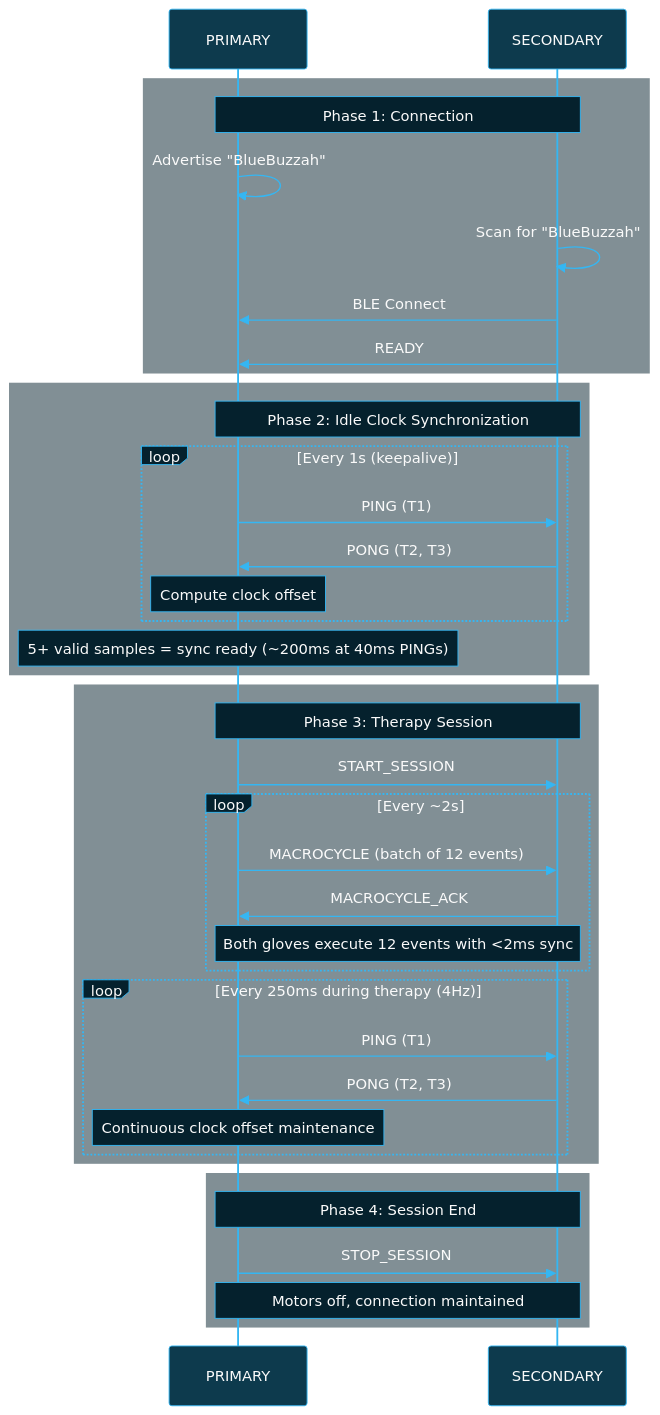
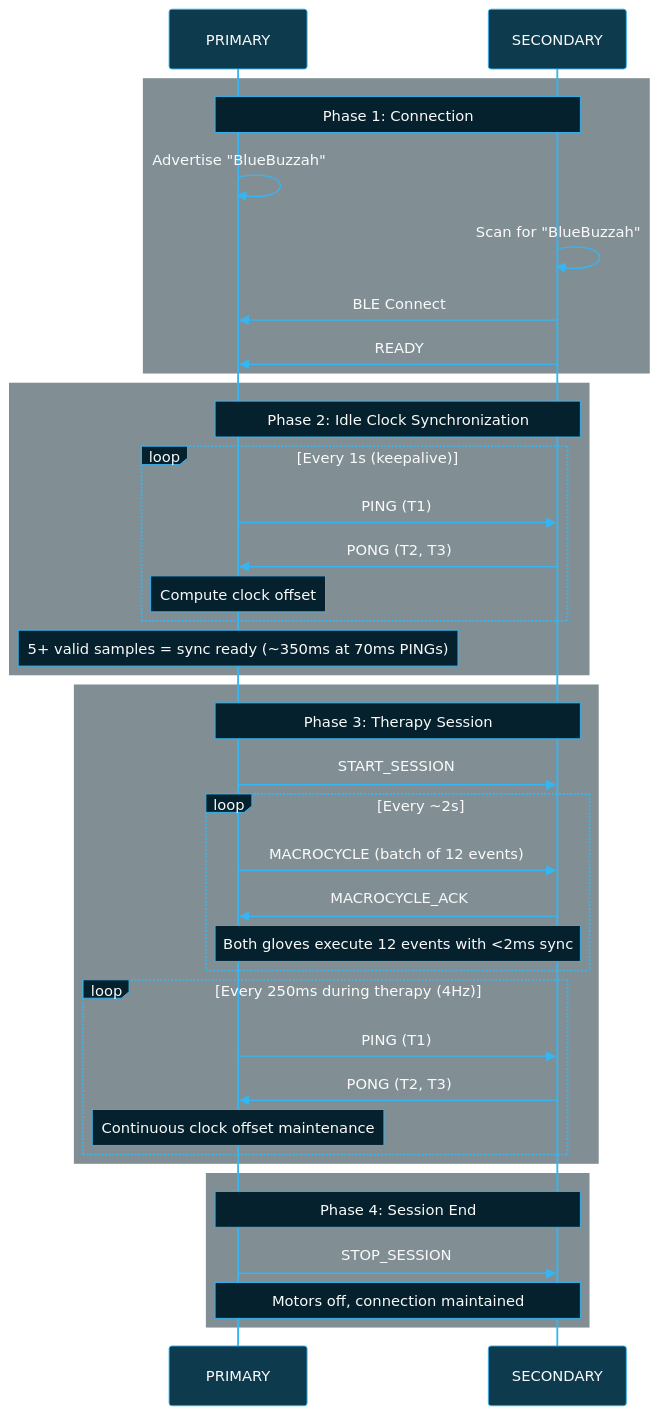
Before and after one commit to BlueBuzzah/BlueBuzzah-Firmware: the first of 5 diagrams in docs/SYNCHRONIZATION_PROTOCOL.md, drawn with Mermaid. The commit also changed other lines of this file and 2 other files, not shown here.

First line of the commit message:
fix(sync): acquire at 70ms so a PONG lands before the next PING

````diff
--- a/docs/SYNCHRONIZATION_PROTOCOL.md
+++ b/docs/SYNCHRONIZATION_PROTOCOL.md
@@ -31,69 +31,69 @@
 ```mermaid
 %%{init: {'theme': 'base', 'themeVariables': {
   'primaryColor': '#0d3a4d',
   'primaryTextColor': '#fafafa',
   'primaryBorderColor': '#35B6F2',
   'lineColor': '#35B6F2',
   'secondaryColor': '#05212D',
   'tertiaryColor': '#0a0a0a',
   'background': '#0a0a0a',
   'actorBkg': '#0d3a4d',
   'actorBorder': '#35B6F2',
   'actorTextColor': '#fafafa',
   'actorLineColor': '#35B6F2',
   'signalColor': '#35B6F2',
   'signalTextColor': '#fafafa',
   'labelBoxBkgColor': '#05212D',
   'labelBoxBorderColor': '#35B6F2',
   'labelTextColor': '#fafafa',
   'loopTextColor': '#fafafa',
   'noteBkgColor': '#05212D',
   'noteBorderColor': '#35B6F2',
   'noteTextColor': '#fafafa',
   'activationBkgColor': '#0d3a4d',
   'activationBorderColor': '#35B6F2',
   'sequenceNumberColor': '#fafafa'
 }}}%%
 sequenceDiagram
     participant P as PRIMARY
     participant S as SECONDARY
 
     rect rgba(5, 33, 45, 0.5)
         Note over P,S: Phase 1: Connection
         P->>P: Advertise "BlueBuzzah"
         S->>S: Scan for "BlueBuzzah"
         S->>P: BLE Connect
         S->>P: READY
     end
 
     rect rgba(5, 33, 45, 0.5)
         Note over P,S: Phase 2: Idle Clock Synchronization
         loop Every 1s (keepalive)
             P->>S: PING (T1)
             S->>P: PONG (T2, T3)
             Note over P: Compute clock offset
         end
-        Note over P: 5+ valid samples = sync ready (~200ms at 40ms PINGs)
+        Note over P: 5+ valid samples = sync ready (~350ms at 70ms PINGs)
     end
 
     rect rgba(5, 33, 45, 0.5)
         Note over P,S: Phase 3: Therapy Session
         P->>S: START_SESSION
         loop Every ~2s
             P->>S: MACROCYCLE (batch of 12 events)
             S->>P: MACROCYCLE_ACK
             Note over P,S: Both gloves execute 12 events with <2ms sync
         end
         loop Every 250ms during therapy (4Hz)
             P->>S: PING (T1)
             S->>P: PONG (T2, T3)
             Note over P: Continuous clock offset maintenance
         end
     end
 
     rect rgba(5, 33, 45, 0.5)
         Note over P,S: Phase 4: Session End
         P->>S: STOP_SESSION
         Note over P,S: Motors off, connection maintained
     end
 ```
````
